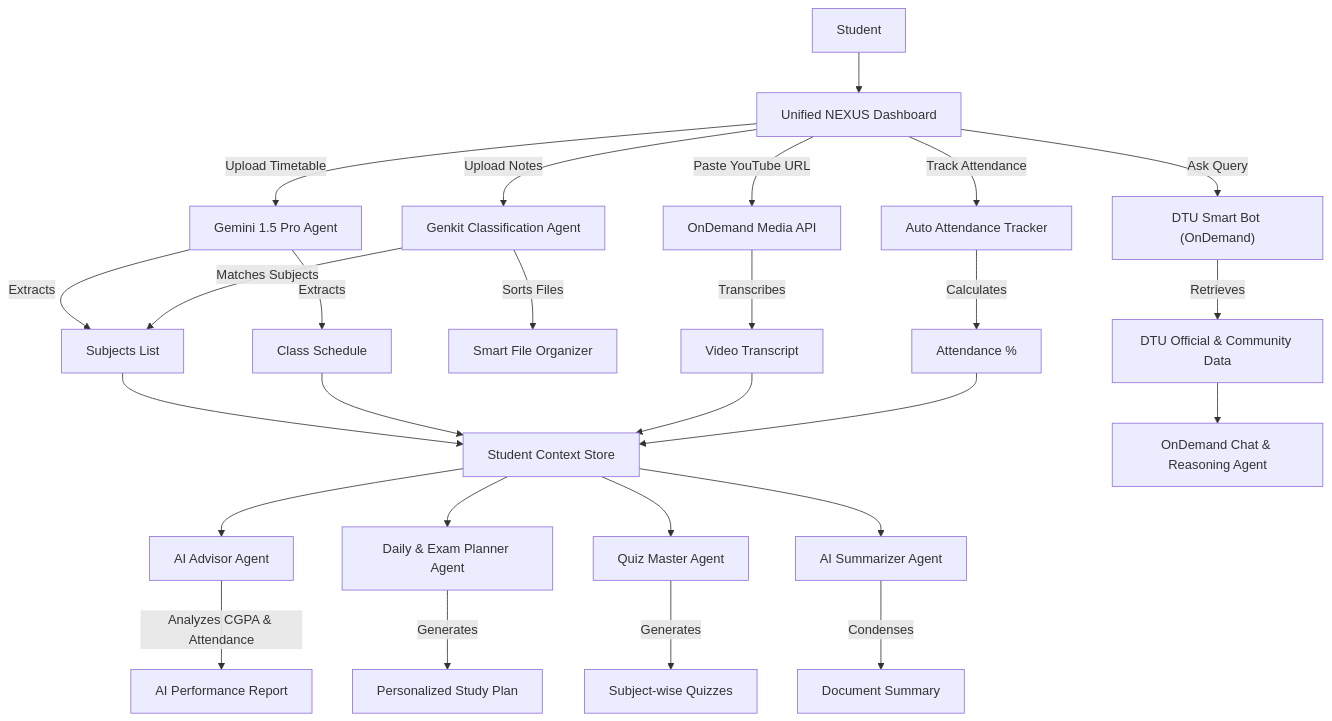
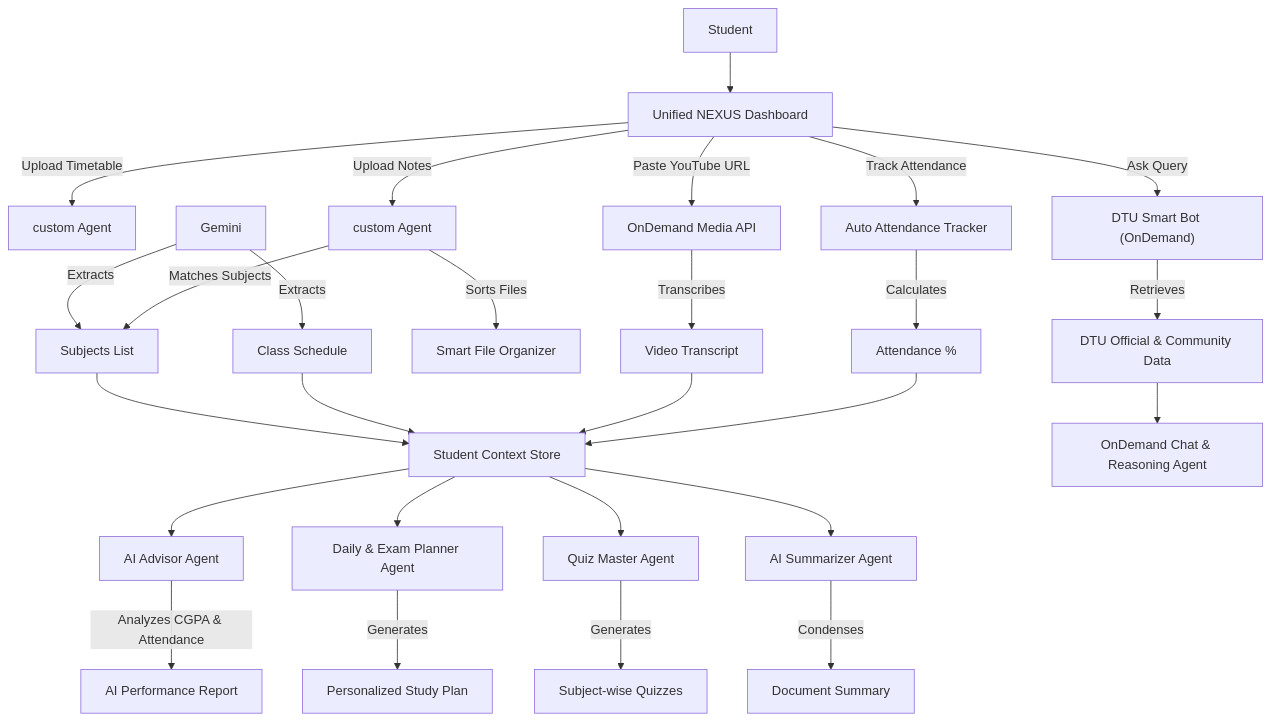
One commit to lolludo/brainwave changed the diagram in README.md. Above: the diagram before and after it, drawn with Mermaid. The commit also changed other lines of this file, not shown here.

Commit message:
ondemand details
Updated references to agents and features in the README.

````diff
--- a/README.md
+++ b/README.md
@@ -13,44 +13,44 @@
 ```mermaid
 graph TD
     User[Student] --> Dashboard[Unified NEXUS Dashboard]
 
     %% ---------- INGESTION LAYER ----------
-    Dashboard --> |Upload Timetable| Gemini[Gemini 1.5 Pro Agent]
+    Dashboard --> |Upload Timetable| vision[custom Agent]
     Gemini --> |Extracts| Subjects[Subjects List]
     Gemini --> |Extracts| Schedule[Class Schedule]
 
-    Dashboard --> |Upload Notes| Classifier[Genkit Classification Agent]
+    Dashboard --> |Upload Notes| Classifier[custom Agent]
     Classifier --> |Matches Subjects| Subjects
     Classifier --> |Sorts Files| FileSystem[Smart File Organizer]
 
     Dashboard --> |Paste YouTube URL| MediaAPI[OnDemand Media API]
     MediaAPI --> |Transcribes| Transcript[Video Transcript]
 
     %% ---------- CONTEXT STORE ----------
     Subjects --> Context[Student Context Store]
     Schedule --> Context
     Transcript --> Context
 
     Dashboard --> |Track Attendance| Attendance[Auto Attendance Tracker]
     Attendance --> |Calculates| Stats[Attendance %]
     Stats --> Context
 
     %% ---------- INTELLIGENCE LAYER ----------
     Context --> Advisor[AI Advisor Agent]
     Advisor --> |Analyzes CGPA & Attendance| Report[AI Performance Report]
 
     Context --> Planner[Daily & Exam Planner Agent]
     Planner --> |Generates| StudyPlan[Personalized Study Plan]
 
     Context --> Quiz[Quiz Master Agent]
     Quiz --> |Generates| QuizSet[Subject-wise Quizzes]
 
     Context --> Summarizer[AI Summarizer Agent]
     Summarizer --> |Condenses| Summary[Document Summary]
 
     %% ---------- QUERY & REASONING ----------
     Dashboard --> |Ask Query| Bot["DTU Smart Bot (OnDemand)"]
     Bot --> |Retrieves| Knowledge[DTU Official & Community Data]
     Knowledge --> Reasoning[OnDemand Chat & Reasoning Agent]
 
 ```
````
